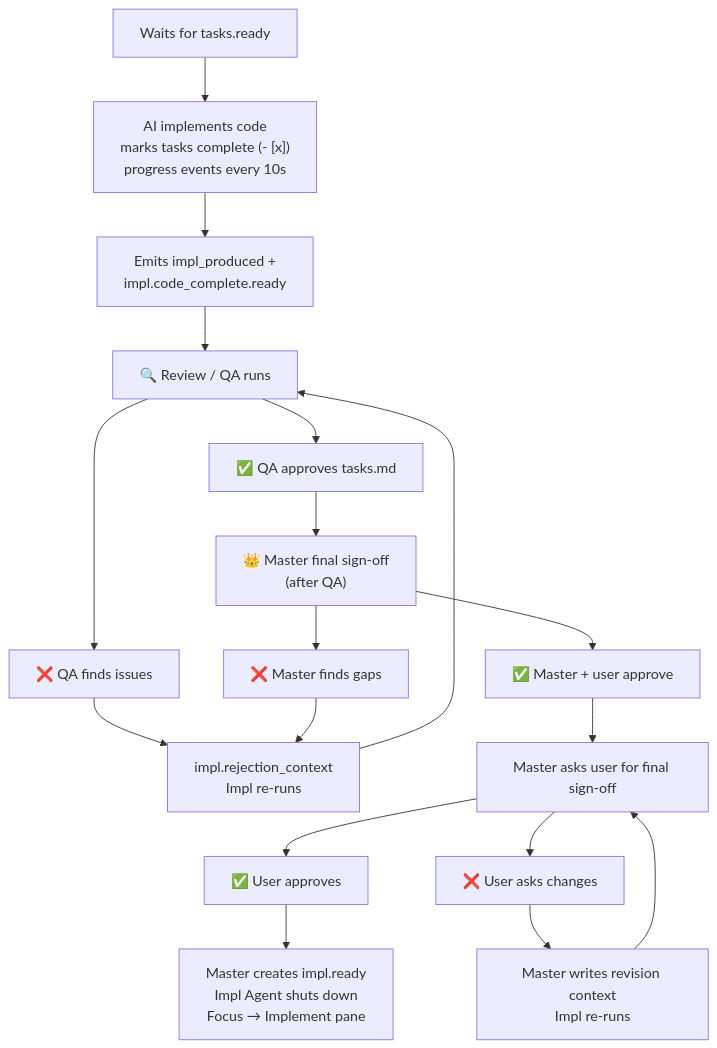
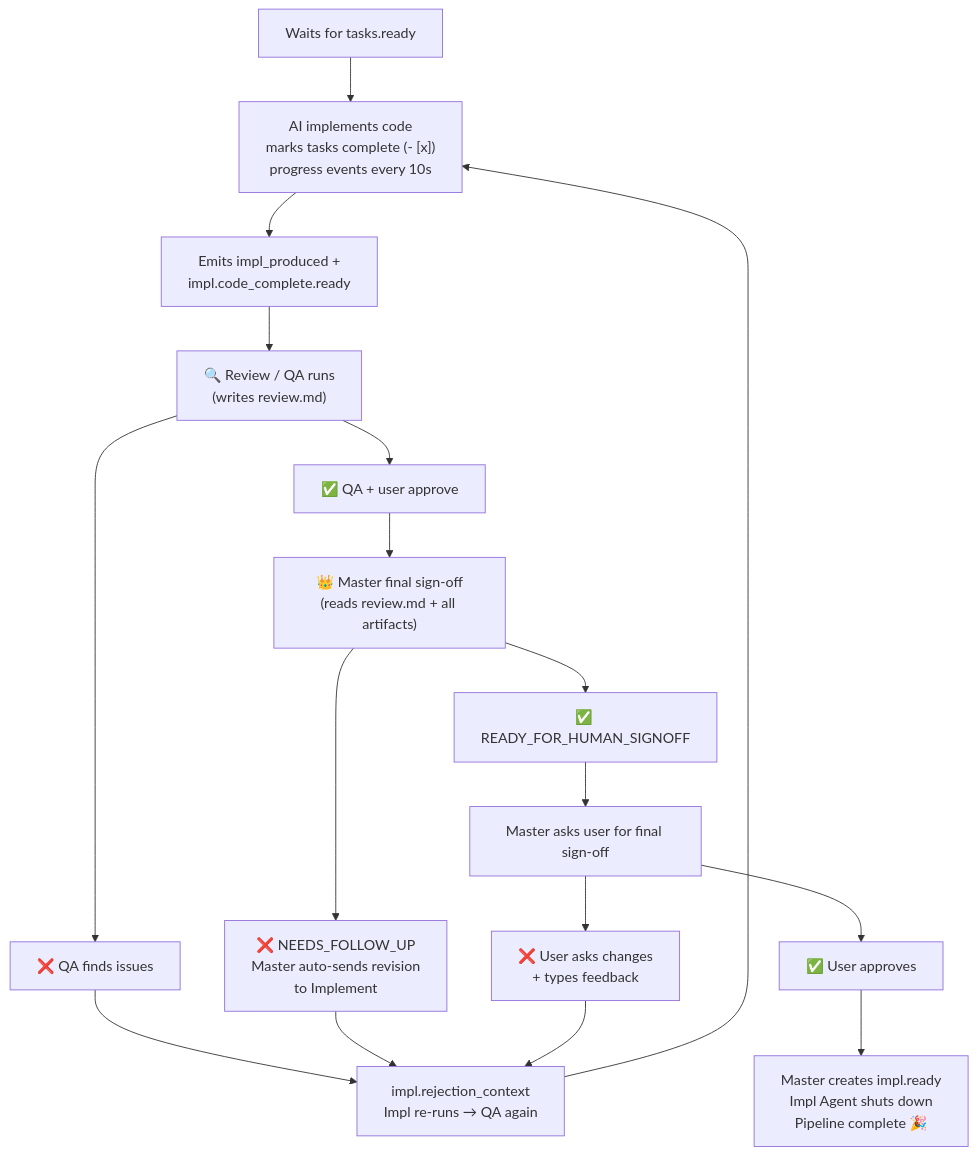
Before and after one commit to weprodev/FlowAI: the fifth of 7 diagrams in docs/AGENT-COMMUNICATION.md, drawn with Mermaid. The commit also changed other lines of this file and 96 other files, not shown here.

````diff
--- a/docs/AGENT-COMMUNICATION.md
+++ b/docs/AGENT-COMMUNICATION.md
@@ -252,32 +341,31 @@
 ```mermaid
 flowchart TD
     Wait["Waits for tasks.ready"]
     AI["AI implements code<br/>marks tasks complete (- [x])<br/>progress events every 10s"]
     Done["Emits impl_produced +<br/>impl.code_complete.ready"]
-    QA["🔍 Review / QA runs"]
+    QA["🔍 Review / QA runs<br/>(writes review.md)"]
 
     IssuesQA["❌ QA finds issues"]
-    OKQA["✅ QA approves tasks.md"]
+    OKQA["✅ QA + user approve"]
 
-    MasterFinal["👑 Master final sign-off<br/>(after QA)"]
+    MasterFinal["👑 Master final sign-off<br/>(reads review.md + all artifacts)"]
 
-    IssuesM["❌ Master finds gaps"]
-    OKM["✅ Master + user approve"]
+    NeedsFollowUp["❌ NEEDS_FOLLOW_UP<br/>Master auto-sends revision<br/>to Implement"]
+    ReadyForSignoff["✅ READY_FOR_HUMAN_SIGNOFF"]
 
-    FixQA["impl.rejection_context<br/>Impl re-runs"]
+    FixImpl["impl.rejection_context<br/>Impl re-runs → QA again"]
     UserGate["Master asks user for final sign-off"]
 
     UserApprove["✅ User approves"]
-    UserReject["❌ User asks changes"]
+    UserReject["❌ User asks changes<br/>+ types feedback"]
 
-    ImplReady["Master creates impl.ready<br/>Impl Agent shuts down<br/>Focus → Implement pane"]
-    UserFix["Master writes revision context<br/>Impl re-runs"]
+    ImplReady["Master creates impl.ready<br/>Impl Agent shuts down<br/>Pipeline complete 🎉"]
 
     Wait --> AI --> Done --> QA
-    QA --> IssuesQA --> FixQA --> QA
+    QA --> IssuesQA --> FixImpl --> AI
     QA --> OKQA --> MasterFinal
-    MasterFinal --> IssuesM --> FixQA
-    MasterFinal --> OKM --> UserGate
+    MasterFinal --> NeedsFollowUp --> FixImpl
+    MasterFinal --> ReadyForSignoff --> UserGate
     UserGate --> UserApprove --> ImplReady
-    UserGate --> UserReject --> UserFix --> UserGate
+    UserGate --> UserReject --> FixImpl
 ```
````
